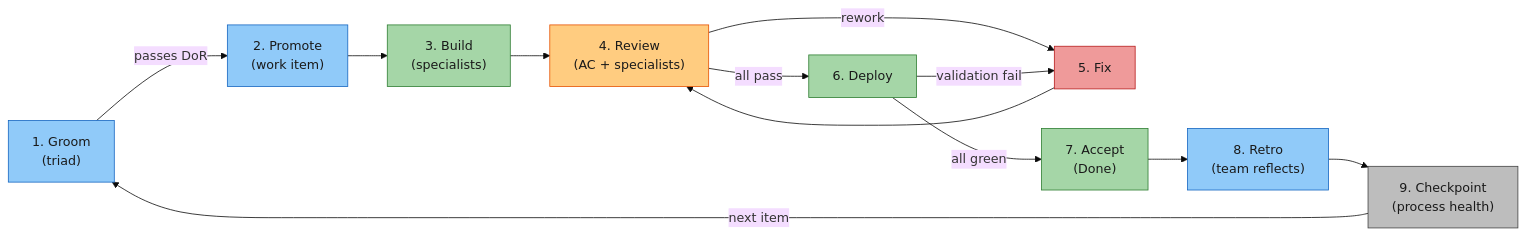
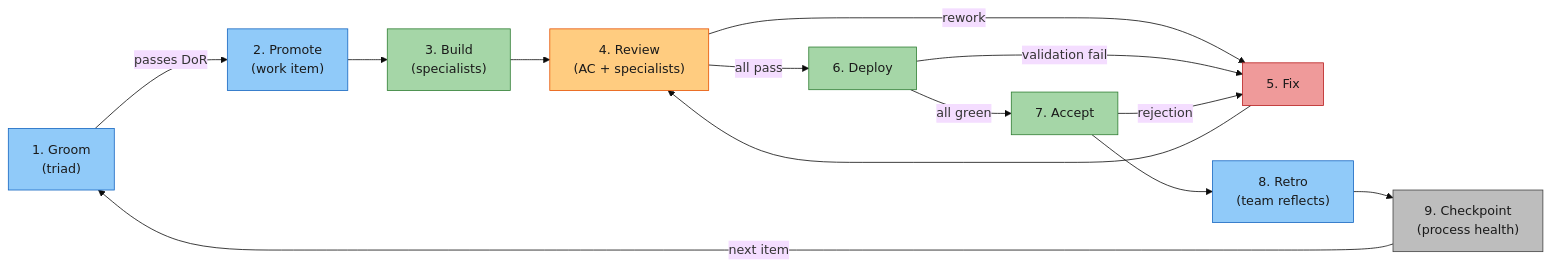
Before and after one commit to rdunie/venutian-antfarm: the sixth of 23 diagrams in docs/COLLABORATION-MODEL.md, drawn with Mermaid (base theme).

Commit message:
docs: add acceptance rejection edge to lifecycle diagram

````diff
--- a/docs/COLLABORATION-MODEL.md
+++ b/docs/COLLABORATION-MODEL.md
@@ -213,24 +213,25 @@
 ```mermaid
 flowchart LR
     B["1. Groom\n(triad)"] -->|"passes DoR"| P["2. Promote\n(work item)"]
     P --> IP["3. Build\n(specialists)"]
     IP --> RV["4. Review\n(AC + specialists)"]
     RV -->|"rework"| FIX["5. Fix"]
     FIX --> RV
     RV -->|"all pass"| DEP["6. Deploy"]
     DEP -->|"validation fail"| FIX
-    DEP -->|"all green"| ACC["7. Accept\n(Done)"]
+    DEP -->|"all green"| ACC["7. Accept"]
+    ACC -->|"rejection"| FIX
     ACC --> RET["8. Retro\n(team reflects)"]
     RET --> CHK["9. Checkpoint\n(process health)"]
     CHK -->|"next item"| B
 
     style B fill:#90caf9,stroke:#1565c0,color:#1a1a1a
     style P fill:#90caf9,stroke:#1565c0,color:#1a1a1a
     style IP fill:#a5d6a7,stroke:#2e7d32,color:#1a1a1a
     style RV fill:#ffcc80,stroke:#e65100,color:#1a1a1a
     style FIX fill:#ef9a9a,stroke:#b71c1c,color:#1a1a1a
     style DEP fill:#a5d6a7,stroke:#2e7d32,color:#1a1a1a
     style ACC fill:#a5d6a7,stroke:#2e7d32,color:#1a1a1a
     style RET fill:#90caf9,stroke:#1565c0,color:#1a1a1a
     style CHK fill:#bdbdbd,stroke:#424242,color:#1a1a1a
 ```
````
